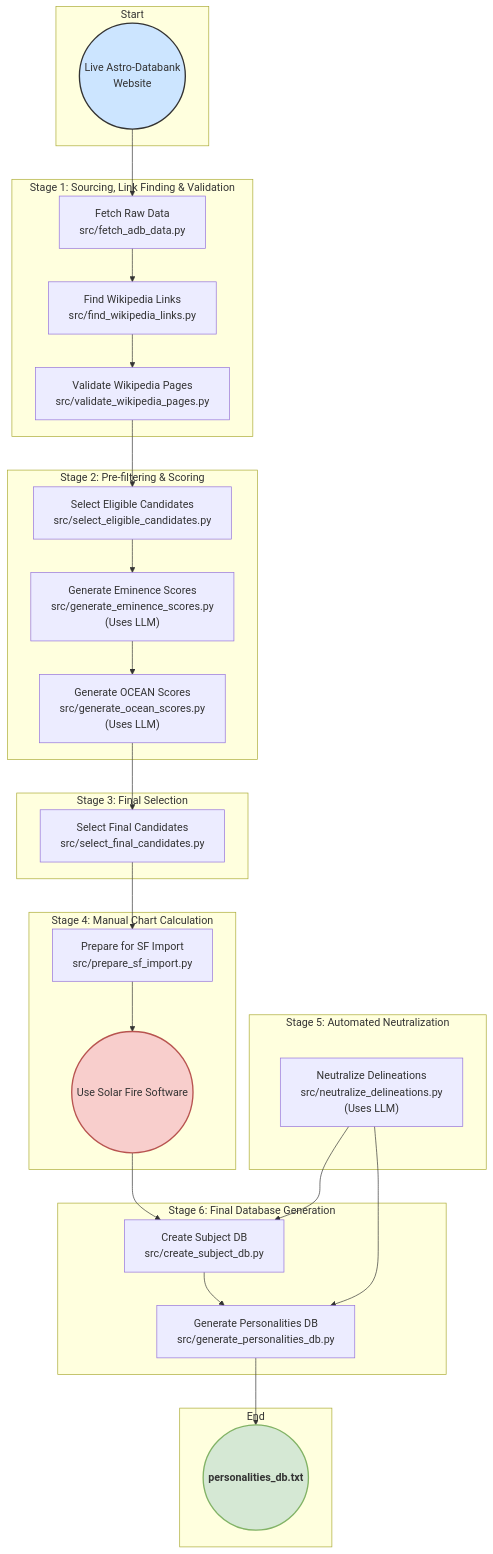
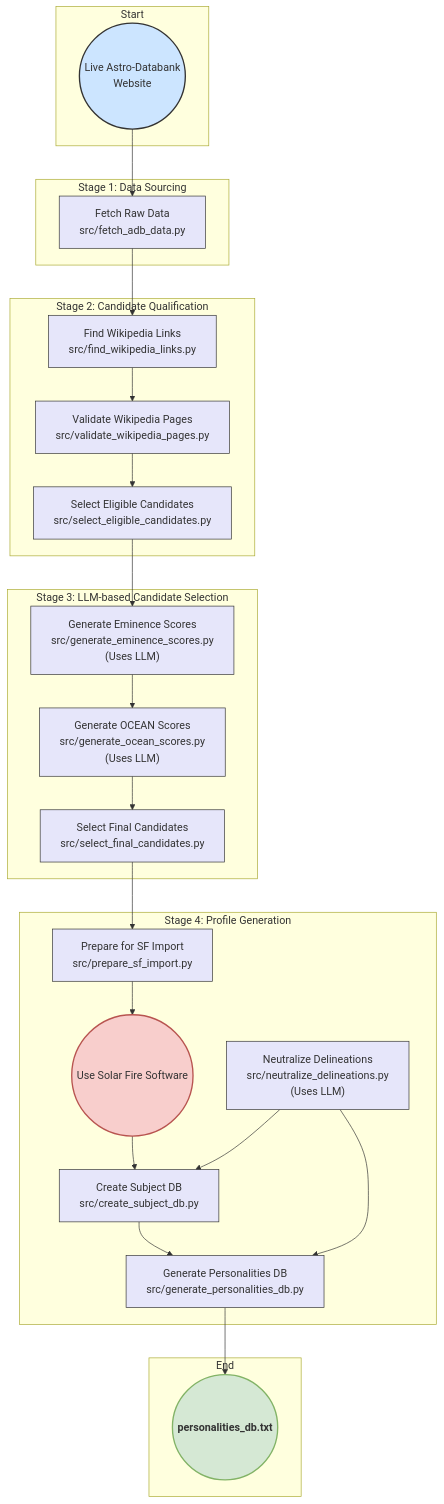
One commit to peterjmarko/llm-narrative-framework changed the diagram in docs/diagrams/flow_prep_pipeline.mmd. Above: the diagram before and after it, drawn with Mermaid. The commit also changed other lines of this file and 13 other files, not shown here.

```diff
--- a/docs/diagrams/flow_prep_pipeline.mmd
+++ b/docs/diagrams/flow_prep_pipeline.mmd
@@ -1,48 +1,50 @@
 graph TD
     classDef manualStyle fill:#f8cecc,stroke:#b85450,stroke-width:2px
     classDef sourceStyle fill:#cce5ff,stroke:#333,stroke-width:2px
     classDef finalProductStyle fill:#d5e8d4,stroke:#82b366,stroke-width:2px,font-weight:bold
+    classDef scriptStyle fill:#e6e6fa,stroke:#333,stroke-width:1px
 
     subgraph "Start"
         StartDB(("Live Astro-Databank<br/>Website"))
     end
 
-    subgraph "Stage 1: Sourcing, Link Finding & Validation"
-        StartDB --> A[Fetch Raw Data<br>src/fetch_adb_data.py]
-        A --> B[Find Wikipedia Links<br>src/find_wikipedia_links.py]
-        B --> B2[Validate Wikipedia Pages<br>src/validate_wikipedia_pages.py];
+    subgraph "Stage 1: Data Sourcing"
+        A["Fetch Raw Data<br>src/fetch_adb_data.py"]
     end
 
-    subgraph "Stage 2: Pre-filtering & Scoring"
-        B2 --> C[Select Eligible Candidates<br>src/select_eligible_candidates.py];
-        C --> D["Generate Eminence Scores<br>src/generate_eminence_scores.py<br/>(Uses LLM)"];
-        D --> E["Generate OCEAN Scores<br>src/generate_ocean_scores.py<br/>(Uses LLM)"];
+    subgraph "Stage 2: Candidate Qualification"
+        B["Find Wikipedia Links<br>src/find_wikipedia_links.py"]
+        B2["Validate Wikipedia Pages<br>src/validate_wikipedia_pages.py"]
+        C["Select Eligible Candidates<br>src/select_eligible_candidates.py"]
     end
 
-    subgraph "Stage 3: Final Selection"
-        E --> F[Select Final Candidates<br>src/select_final_candidates.py];
+    subgraph "Stage 3: LLM-based Candidate Selection"
+        D["Generate Eminence Scores<br>src/generate_eminence_scores.py<br>(Uses LLM)"]
+        E["Generate OCEAN Scores<br>src/generate_ocean_scores.py<br>(Uses LLM)"]
+        F["Select Final Candidates<br>src/select_final_candidates.py"]
     end
 
-    subgraph "Stage 4: Manual Chart Calculation"
-        F --> G[Prepare for SF Import<br>src/prepare_sf_import.py];
-        G --> H((Use Solar Fire Software));
-    end
-    
-    subgraph "Stage 5: Automated Neutralization"
-        I["Neutralize Delineations<br>src/neutralize_delineations.py<br/>(Uses LLM)"]
-    end
-
-    subgraph "Stage 6: Final Database Generation"
-        H --> J[Create Subject DB<br>src/create_subject_db.py];
-        I --> J
-        J --> K[Generate Personalities DB<br>src/generate_personalities_db.py];
-        I --> K
+    subgraph "Stage 4: Profile Generation"
+        G["Prepare for SF Import<br>src/prepare_sf_import.py"]
+        H((Use Solar Fire Software))
+        I["Neutralize Delineations<br>src/neutralize_delineations.py<br>(Uses LLM)"]
+        J["Create Subject DB<br>src/create_subject_db.py"]
+        K["Generate Personalities DB<br>src/generate_personalities_db.py"]
     end
     
     subgraph "End"
-        K --> FinalDB(("personalities_db.txt"))
+        FinalDB(("personalities_db.txt"))
     end
 
-    class H manualStyle;
-    class StartDB sourceStyle;
-    class FinalDB finalProductStyle;
+    %% --- Main Workflow Connections ---
+    StartDB --> A --> B --> B2 --> C --> D --> E --> F --> G --> H --> J --> K --> FinalDB
+    
+    %% --- Parallel Feed-in for Stage 4 ---
+    I --> J
+    I --> K
+
+    %% --- Styling ---
+    class A,B,B2,C,D,E,F,G,I,J,K scriptStyle
+    class H manualStyle
+    class StartDB sourceStyle
+    class FinalDB finalProductStyle
```
